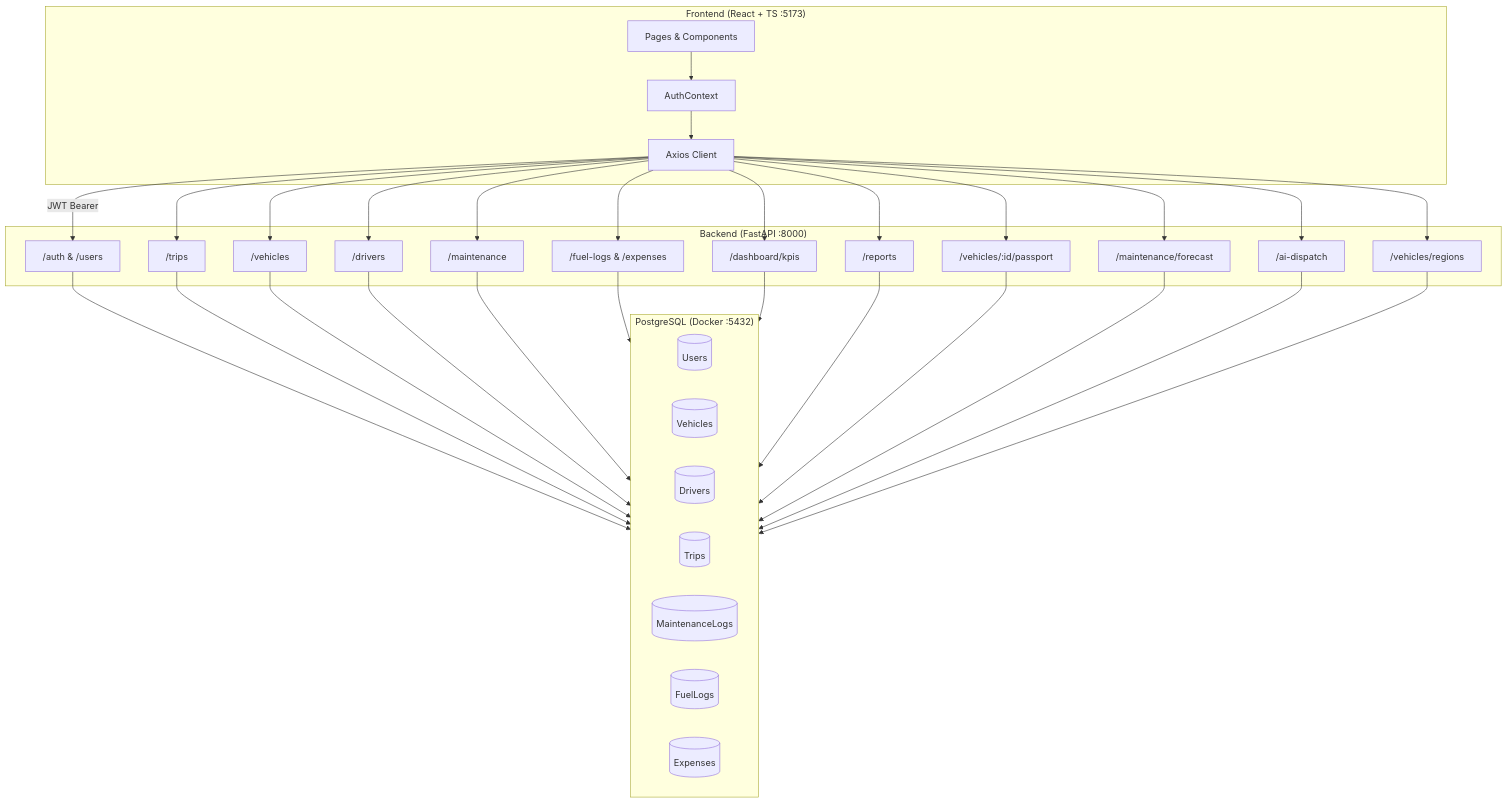
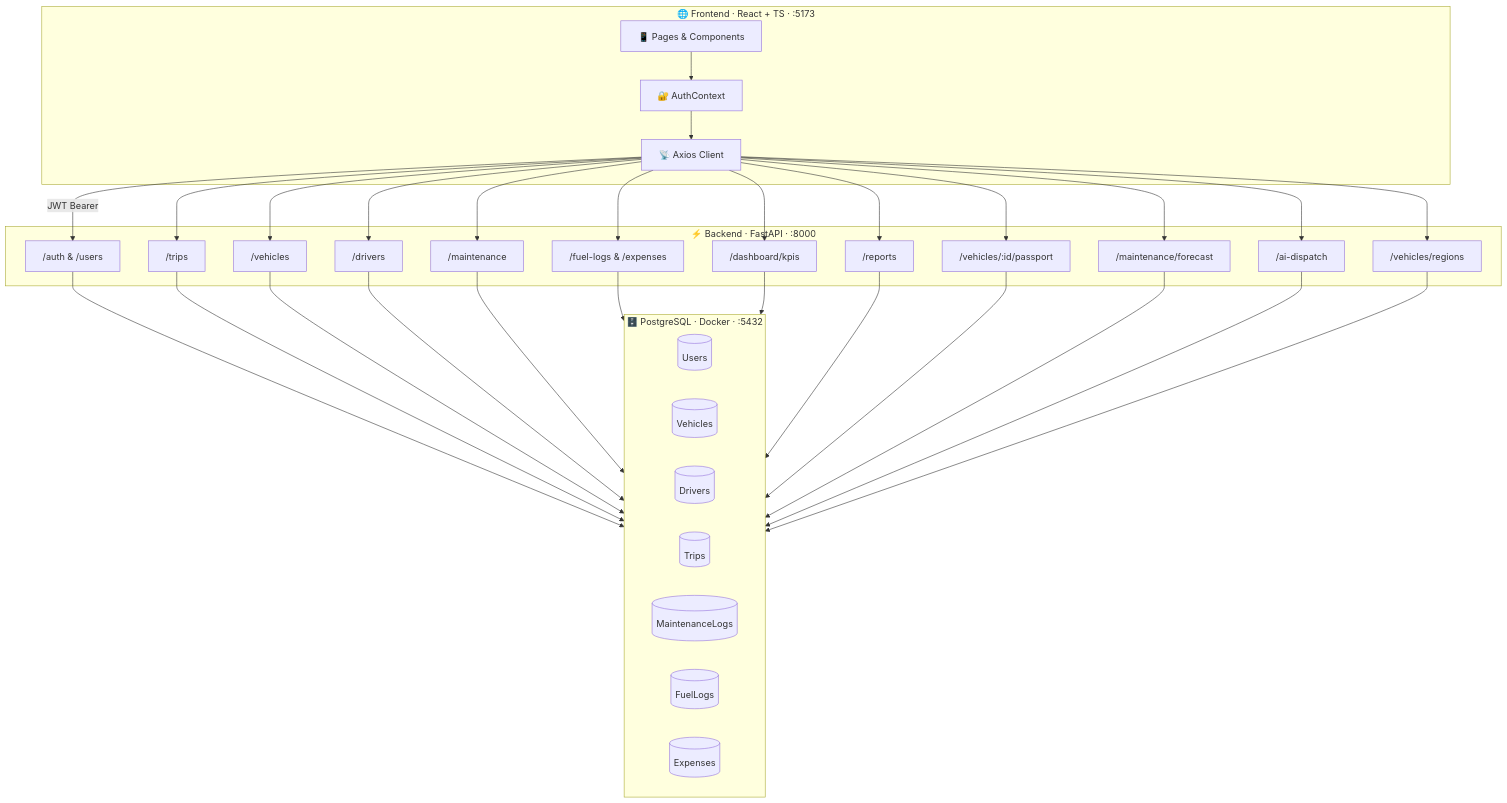
The first of 2 diagrams in README.md (amshithnair/transitops-odoo), drawn with Mermaid before and after one commit. The commit also changed other lines of this file, not shown here.

````diff
--- a/README.md
+++ b/README.md
@@ -143,42 +221,42 @@
 ```mermaid
 graph TB
-    subgraph Frontend ["Frontend (React + TS :5173)"]
-        UI[Pages & Components]
-        AC[AuthContext]
-        AX[Axios Client]
+    subgraph Frontend ["🌐 Frontend · React + TS · :5173"]
+        UI["📱 Pages & Components"]
+        AC["🔐 AuthContext"]
+        AX["📡 Axios Client"]
     end
 
-    subgraph Backend ["Backend (FastAPI :8000)"]
+    subgraph Backend ["⚡ Backend · FastAPI · :8000"]
         AUTH["/auth & /users"]
         TRIPS["/trips"]
         VEHICLES["/vehicles"]
         DRIVERS["/drivers"]
         MAINT["/maintenance"]
         FUEL["/fuel-logs & /expenses"]
         DASH["/dashboard/kpis"]
         REPORTS["/reports"]
         PASSPORT["/vehicles/:id/passport"]
         PREDICT["/maintenance/forecast"]
         DISPATCH["/ai-dispatch"]
         MAP["/vehicles/regions"]
     end
 
-    subgraph DB ["PostgreSQL (Docker :5432)"]
+    subgraph DB ["🗄️ PostgreSQL · Docker · :5432"]
         USERS[(Users)]
         VEH[(Vehicles)]
         DRV[(Drivers)]
         TRPS[(Trips)]
         ML[(MaintenanceLogs)]
         FL[(FuelLogs)]
         EXP[(Expenses)]
     end
 
     UI --> AC --> AX
     AX -->|JWT Bearer| AUTH
     AX --> TRIPS & VEHICLES & DRIVERS & MAINT
     AX --> FUEL & DASH & REPORTS
     AX --> PASSPORT & PREDICT & DISPATCH & MAP
     AUTH & TRIPS & VEHICLES & DRIVERS --> DB
     MAINT & FUEL & DASH & REPORTS --> DB
     PASSPORT & PREDICT & DISPATCH & MAP --> DB
 ```
````
